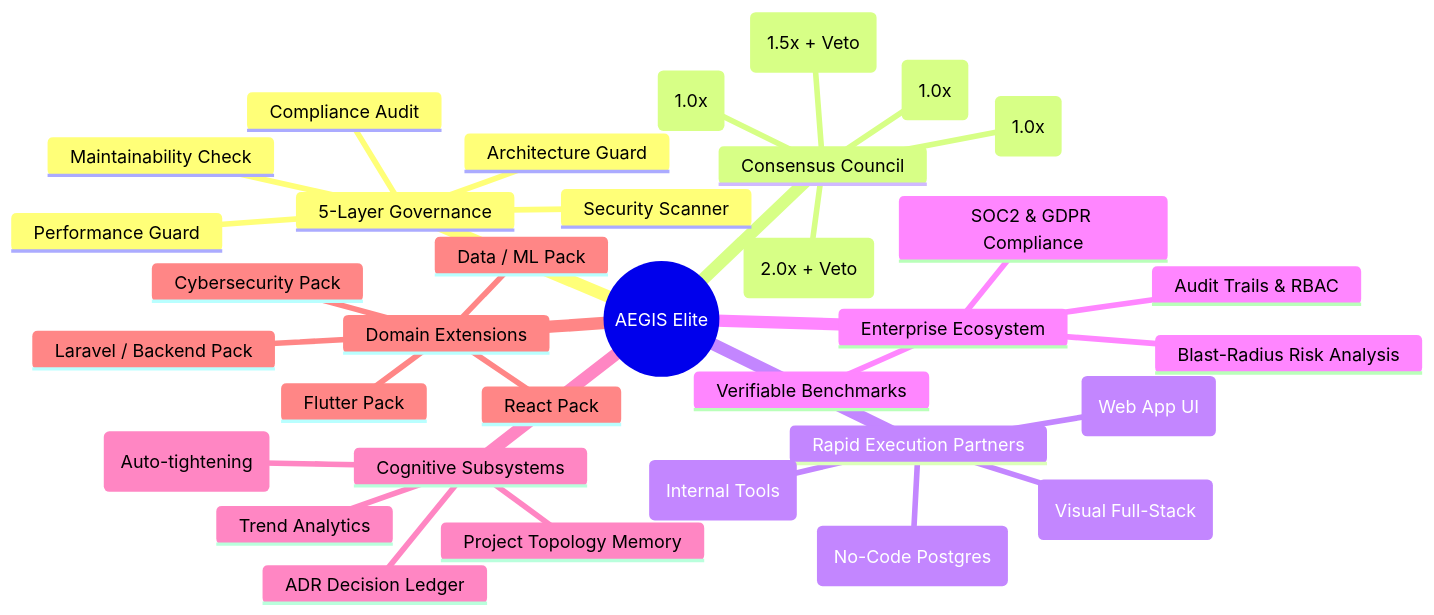
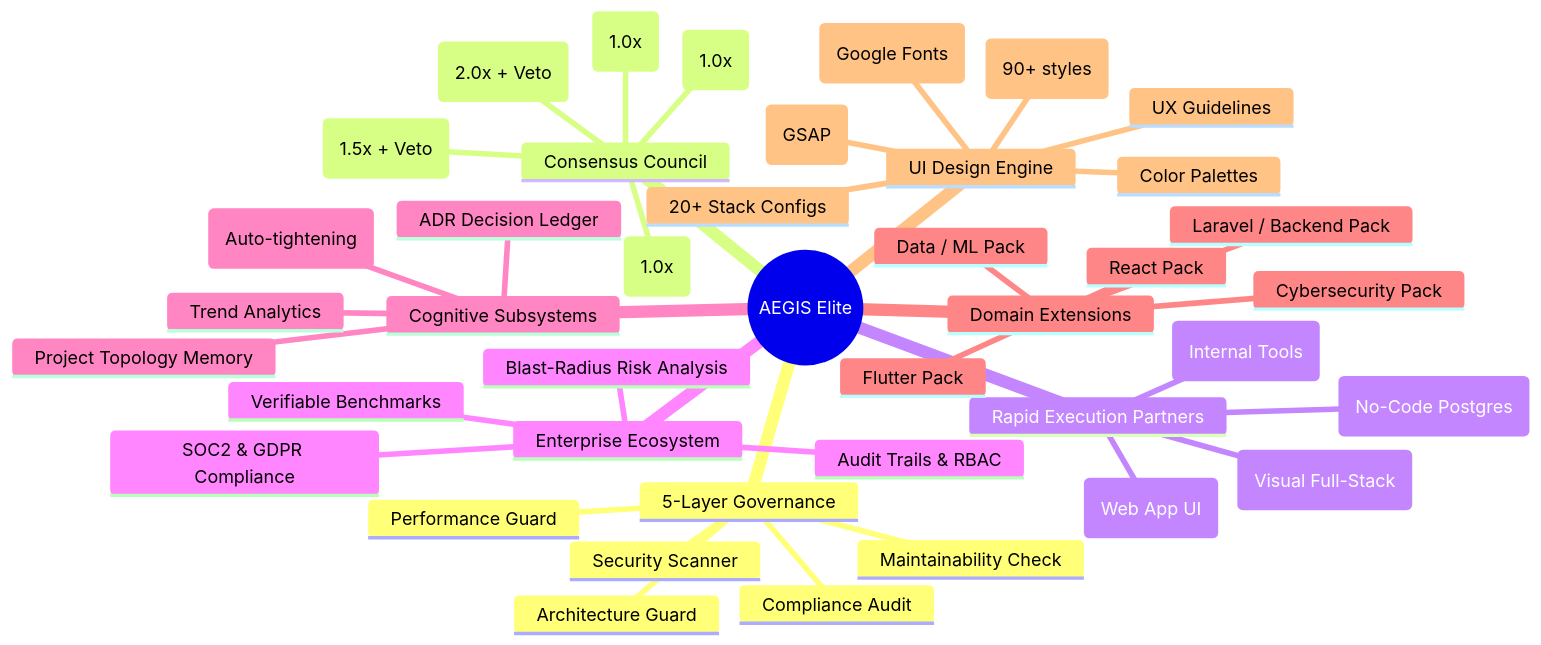
One commit to wahyunuriman999/AEGIS-ELITE changed the diagram in README.md. Above: the diagram before and after it, drawn with Mermaid. The commit also changed other lines of this file, not shown here.

Commit message:
docs(readme): add UI Design Engine to Product Map, CLI Reference, and Repository Structure

````diff
--- a/README.md
+++ b/README.md
@@ -135,37 +135,44 @@
 ```mermaid
 mindmap
   root((AEGIS Elite))
     5-Layer Governance
       Architecture Guard
       Security Scanner
       Maintainability Check
       Performance Guard
       Compliance Audit
     Consensus Council
       Programmer (1.0x)
       Reviewer (1.0x)
       Architect (1.5x + Veto)
       Security (2.0x + Veto)
       Performance (1.0x)
     Rapid Execution Partners
       Appsmith (Internal Tools)
       ILLA Builder (Web App UI)
       Teable (No-Code Postgres)
       Noodl (Visual Full-Stack)
     Enterprise Ecosystem
       SOC2 & GDPR Compliance
       Audit Trails & RBAC
       Blast-Radius Risk Analysis
       Verifiable Benchmarks
     Cognitive Subsystems
       Project Topology Memory
       ADR Decision Ledger
       Learning Loop (Auto-tightening)
       Trend Analytics
     Domain Extensions
       React Pack
       Flutter Pack
       Laravel / Backend Pack
       Cybersecurity Pack
       Data / ML Pack
+    UI Design Engine
+      Styles DB (90+ styles)
+      Color Palettes
+      Typography (Google Fonts)
+      Charts & Motion (GSAP)
+      UX Guidelines
+      20+ Stack Configs
 ```
````
